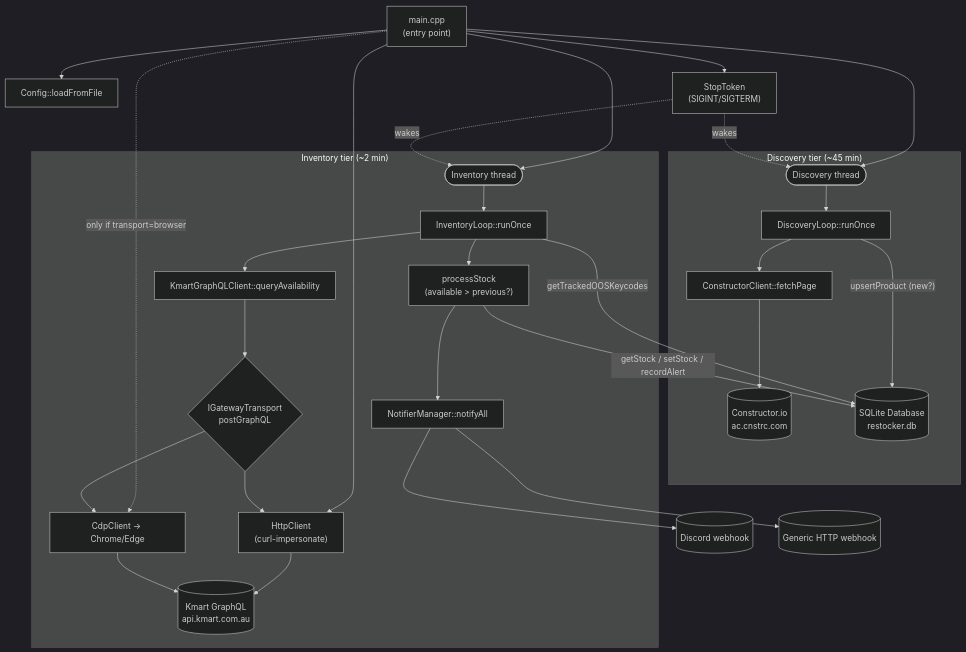
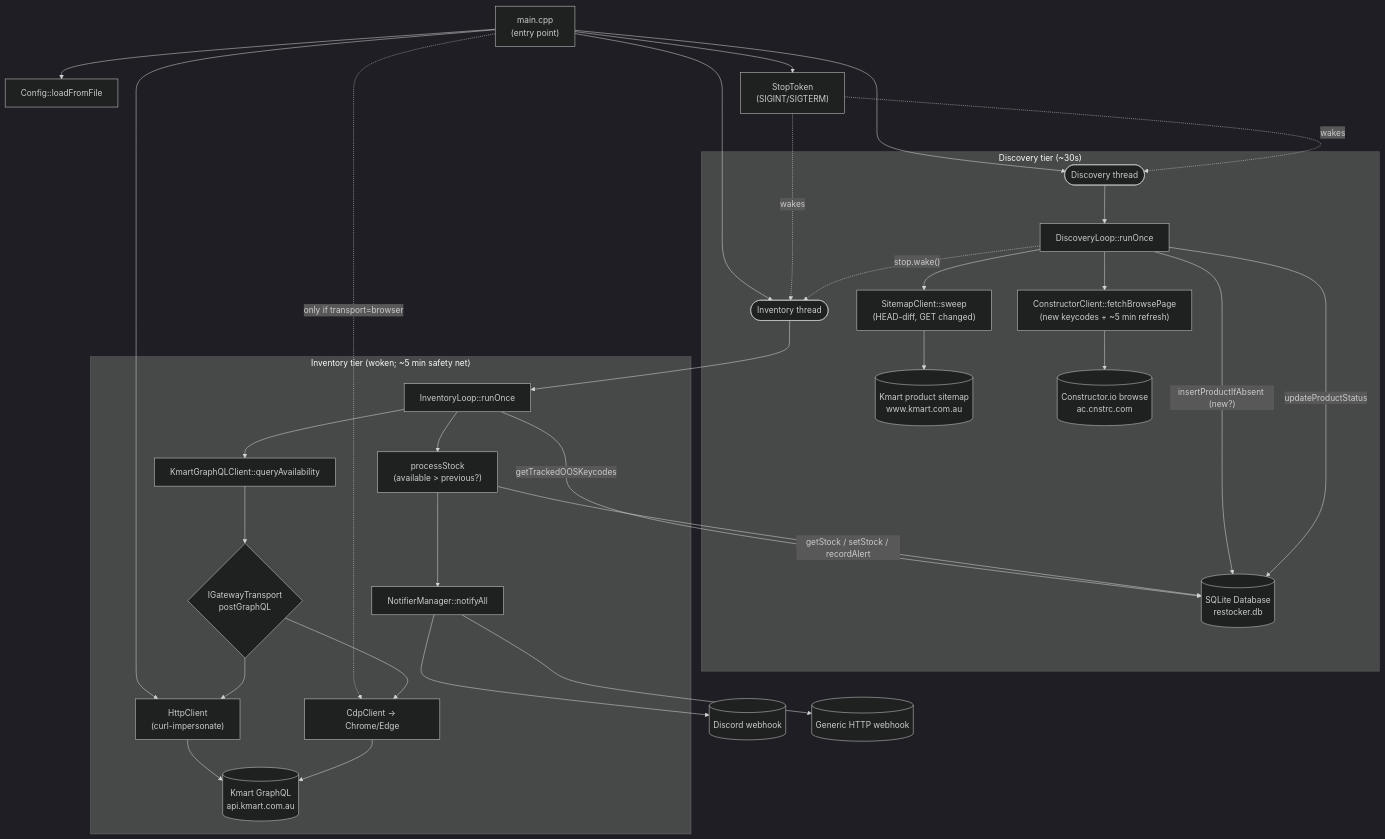
One commit to BrandonHannan/RestockerApp changed the first of 2 diagrams in explanation.md. Above: the diagram before and after it, drawn with Mermaid (dark theme). The commit also changed other lines of this file and 22 other files, not shown here.

First line of the commit message:
Refactor Config and Database for Enhanced Product Management

````diff
--- a/explanation.md
+++ b/explanation.md
@@ -36,36 +40,40 @@
 ```mermaid
 flowchart TD
   main["main.cpp<br/>(entry point)"] --> cfg["Config::loadFromFile"]
   main --> http["HttpClient<br/>(curl-impersonate)"]
   main -. only if transport=browser .-> cdp["CdpClient → Chrome/Edge"]
   main --> dthread(["Discovery thread"])
   main --> ithread(["Inventory thread"])
   main --> stop["StopToken<br/>(SIGINT/SIGTERM)"]
 
   stop -.wakes.-> dthread
   stop -.wakes.-> ithread
 
-  subgraph Discovery["Discovery tier (~45 min)"]
+  subgraph Discovery["Discovery tier (~30s)"]
     dthread --> dloop["DiscoveryLoop::runOnce"]
-    dloop --> cc["ConstructorClient::fetchPage"]
-    cc --> ctor[("Constructor.io<br/>ac.cnstrc.com")]
-    dloop -->|"upsertProduct (new?)"| db[("SQLite Database<br/>restocker.db")]
+    dloop --> sm["SitemapClient::sweep<br/>(HEAD-diff, GET changed)"]
+    sm --> smap[("Kmart product sitemap<br/>www.kmart.com.au")]
+    dloop -->|"insertProductIfAbsent (new?)"| db[("SQLite Database<br/>restocker.db")]
+    dloop --> cc["ConstructorClient::fetchBrowsePage<br/>(new keycodes + ~5 min refresh)"]
+    cc --> ctor[("Constructor.io browse<br/>ac.cnstrc.com")]
+    dloop -->|"updateProductStatus"| db
+    dloop -.->|"stop.wake()"| ithread
   end
 
-  subgraph Inventory["Inventory tier (~2 min)"]
+  subgraph Inventory["Inventory tier (woken; ~5 min safety net)"]
     ithread --> iloop["InventoryLoop::runOnce"]
     iloop -->|"getTrackedOOSKeycodes"| db
     iloop --> kc["KmartGraphQLClient::queryAvailability"]
     kc --> gw{"IGatewayTransport<br/>postGraphQL"}
     gw --> http
     gw --> cdp
     http --> kmart[("Kmart GraphQL<br/>api.kmart.com.au")]
     cdp --> kmart
     iloop --> ps["processStock<br/>(available &gt; previous?)"]
     ps -->|"getStock / setStock / recordAlert"| db
     ps --> nm["NotifierManager::notifyAll"]
   end
 
   nm --> disc[("Discord webhook")]
   nm --> web[("Generic HTTP webhook")]
 ```
````
